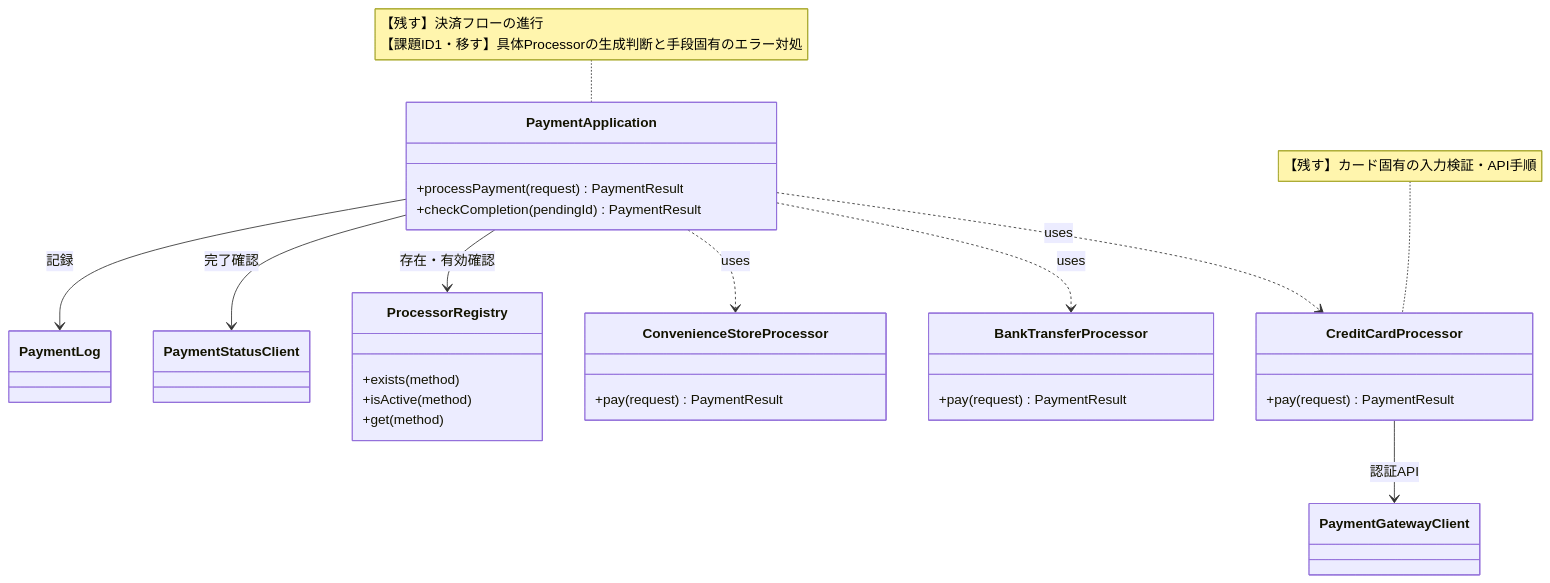
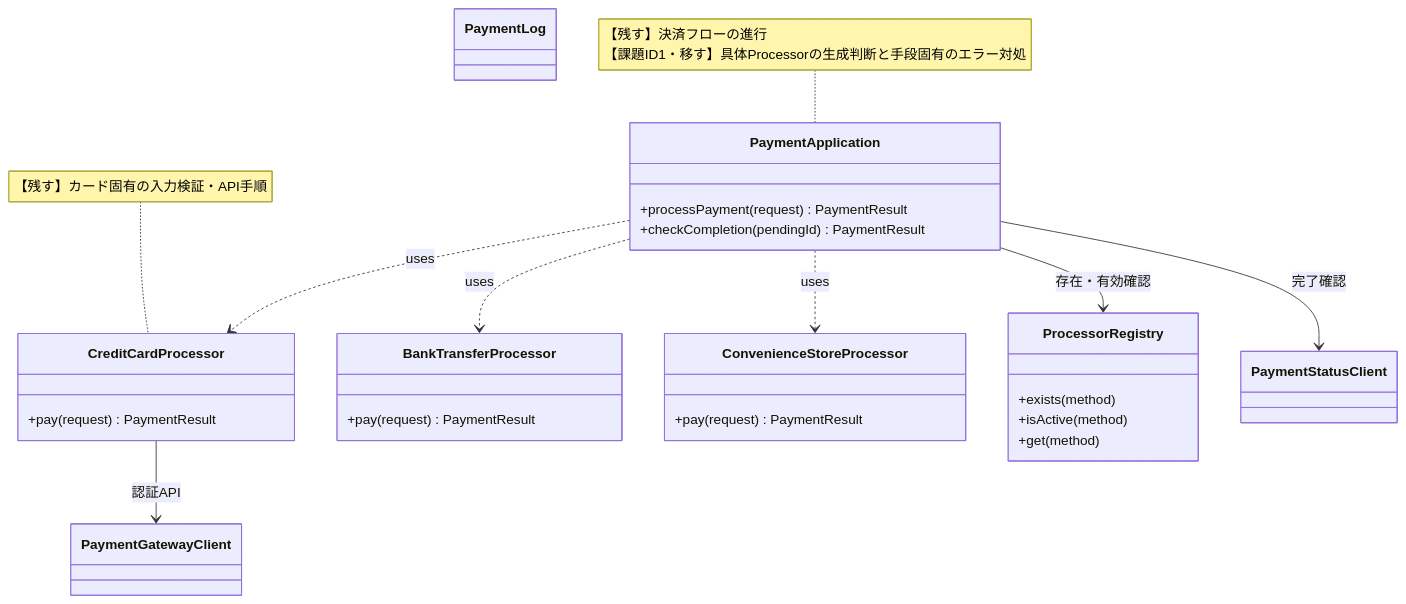
Before and after one commit to kumachan1101-pixel/DesignPattern: the ninth of 16 diagrams in kindle/design-patterns/output/chapter08.md, drawn with Mermaid. The commit also changed other lines of this file, not shown here.

````diff
--- a/kindle/design-patterns/output/chapter08.md
+++ b/kindle/design-patterns/output/chapter08.md
@@ -1899,38 +1899,37 @@
 ```mermaid
 classDiagram
     class PaymentLog
     class PaymentApplication {
         +processPayment(request) PaymentResult
         +checkCompletion(pendingId) PaymentResult
     }
     class CreditCardProcessor {
         +pay(request) PaymentResult
     }
     class BankTransferProcessor {
         +pay(request) PaymentResult
     }
     class ConvenienceStoreProcessor {
         +pay(request) PaymentResult
     }
     class ProcessorRegistry {
         +exists(method)
         +isActive(method)
         +get(method)
     }
     class PaymentGatewayClient
     class PaymentStatusClient
 
     PaymentApplication ..> CreditCardProcessor : uses
     PaymentApplication ..> BankTransferProcessor : uses
     PaymentApplication ..> ConvenienceStoreProcessor : uses
     PaymentApplication --> ProcessorRegistry : 存在・有効確認
     PaymentApplication --> PaymentStatusClient : 完了確認
-    PaymentApplication --> PaymentLog : 記録
     CreditCardProcessor --> PaymentGatewayClient : 認証API
 
     note for PaymentApplication "【残す】決済フローの進行<br/>【課題ID1・移す】具体Processorの生成判断と手段固有のエラー対処"
     note for CreditCardProcessor "【残す】カード固有の入力検証・API手順"
 
     classDef focus fill:#FFF2CC,stroke:#D6B656,stroke-width:2px,color:#222222
     cssClass "PaymentApplication" focus
 ```
````
